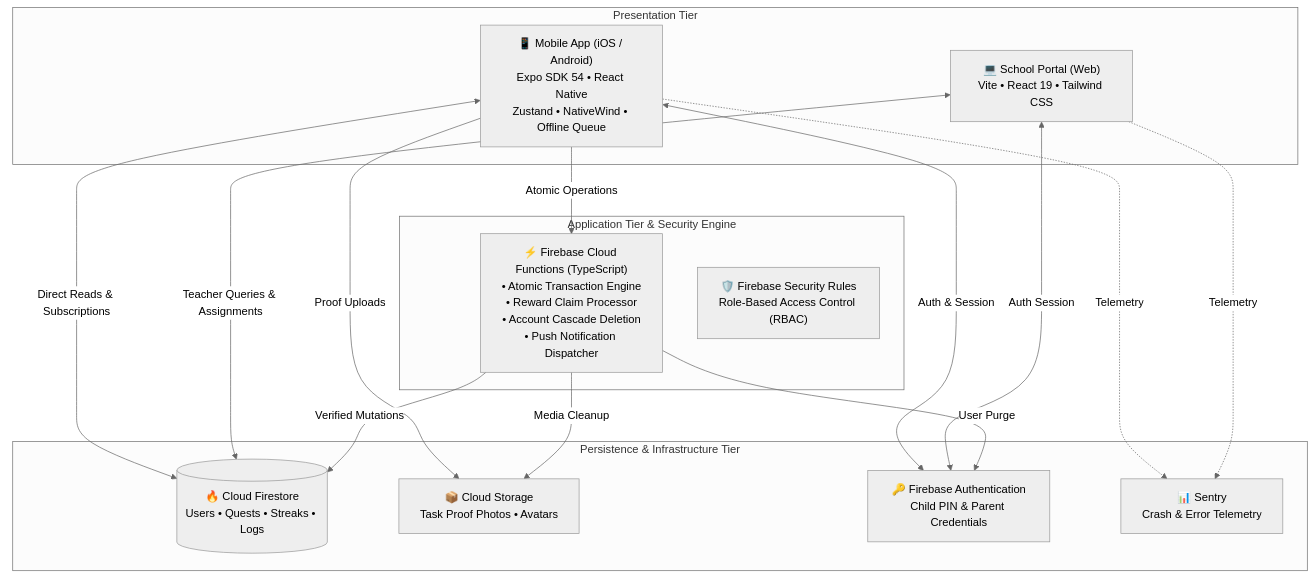
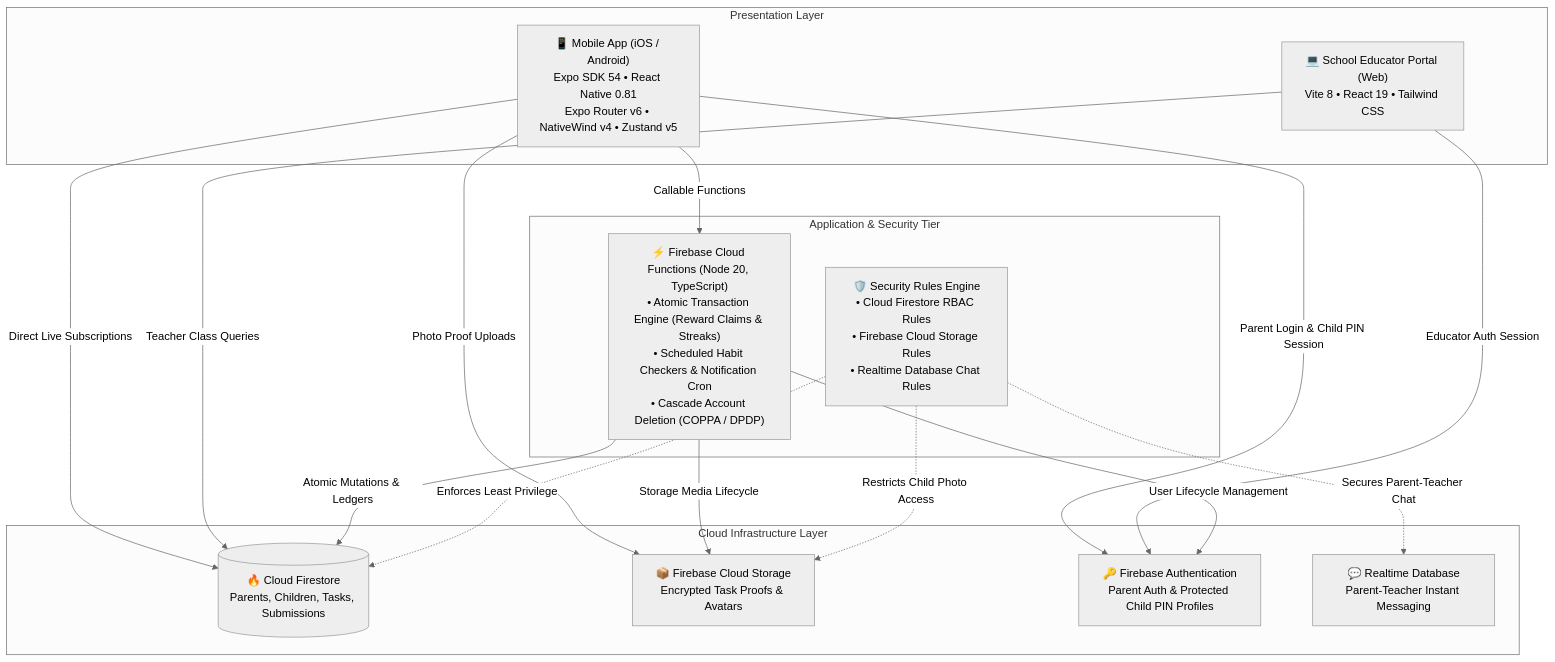
Before and after one commit to amar-kumar-cse/KidQuest: the diagram in README.md, drawn with Mermaid (neutral theme). The commit also changed other lines of this file and 9 other files, not shown here.

Commit message:
chore: setup monorepo workspaces, unified scripts, fix school-portal build, and consolidate task store

````diff
--- a/README.md
+++ b/README.md
@@ -130,34 +26,35 @@
 ```mermaid
 flowchart TB
-    subgraph ClientLayer [Presentation Tier]
-        A["📱 Mobile App (iOS / Android)<br/>Expo SDK 54 • React Native<br/>Zustand • NativeWind • Offline Queue"]
-        B["💻 School Portal (Web)<br/>Vite • React 19 • Tailwind CSS"]
+    subgraph ClientTier ["Presentation Layer"]
+        Mobile["📱 Mobile App (iOS / Android)<br/>Expo SDK 54 • React Native 0.81<br/>Expo Router v6 • NativeWind v4 • Zustand v5"]
+        Portal["💻 School Educator Portal (Web)<br/>Vite 8 • React 19 • Tailwind CSS"]
     end
 
-    subgraph ServiceLayer [Application Tier & Security Engine]
-        C["⚡ Firebase Cloud Functions (TypeScript)<br/>• Atomic Transaction Engine<br/>• Reward Claim Processor<br/>• Account Cascade Deletion<br/>• Push Notification Dispatcher"]
-        D["🛡️ Firebase Security Rules<br/>Role-Based Access Control (RBAC)"]
+    subgraph ServiceTier ["Application & Security Tier"]
+        Functions["⚡ Firebase Cloud Functions (Node 20, TypeScript)<br/>• Atomic Transaction Engine (Reward Claims & Streaks)<br/>• Scheduled Habit Checkers & Notification Cron<br/>• Cascade Account Deletion (COPPA / DPDP)"]
+        SecRules["🛡️ Security Rules Engine<br/>• Cloud Firestore RBAC Rules<br/>• Firebase Cloud Storage Rules<br/>• Realtime Database Chat Rules"]
     end
 
-    subgraph DataLayer [Persistence & Infrastructure Tier]
-        E[("🔥 Cloud Firestore<br/>Users • Quests • Streaks • Logs")]
-        F["📦 Cloud Storage<br/>Task Proof Photos • Avatars"]
-        G["🔑 Firebase Authentication<br/>Child PIN & Parent Credentials"]
-        H["📊 Sentry<br/>Crash & Error Telemetry"]
+    subgraph DataTier ["Cloud Infrastructure Layer"]
+        Firestore[("🔥 Cloud Firestore<br/>Parents, Children, Tasks, Submissions")]
+        Storage["📦 Firebase Cloud Storage<br/>Encrypted Task Proofs & Avatars"]
+        Auth["🔑 Firebase Authentication<br/>Parent Auth & Protected Child PIN Profiles"]
+        RTDB["💬 Realtime Database<br/>Parent-Teacher Instant Messaging"]
     end
 
-    A <-->|Direct Reads & Subscriptions| E
-    A -->|Proof Uploads| F
-    A <-->|Auth & Session| G
-    A -->|Atomic Operations| C
+    Mobile -->|Direct Live Subscriptions| Firestore
+    Mobile -->|Photo Proof Uploads| Storage
+    Mobile -->|Parent Login & Child PIN Session| Auth
+    Mobile -->|Callable Functions| Functions
 
-    B <-->|Teacher Queries & Assignments| E
-    B <-->|Auth Session| G
+    Portal -->|Teacher Class Queries| Firestore
+    Portal -->|Educator Auth Session| Auth
 
-    C -->|Verified Mutations| E
-    C -->|Media Cleanup| F
-    C -->|User Purge| G
+    Functions -->|Atomic Mutations & Ledgers| Firestore
+    Functions -->|Storage Media Lifecycle| Storage
+    Functions -->|User Lifecycle Management| Auth
 
-    A -.->|Telemetry| H
-    B -.->|Telemetry| H
+    SecRules -.->|Enforces Least Privilege| Firestore
+    SecRules -.->|Restricts Child Photo Access| Storage
+    SecRules -.->|Secures Parent-Teacher Chat| RTDB
 ```
````
